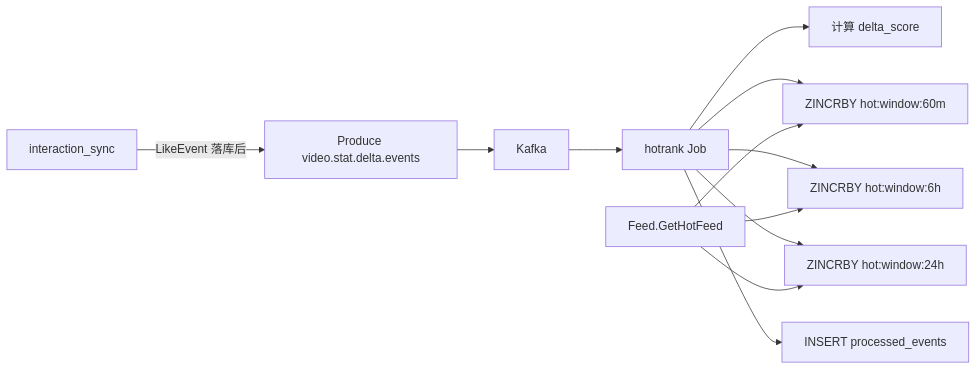
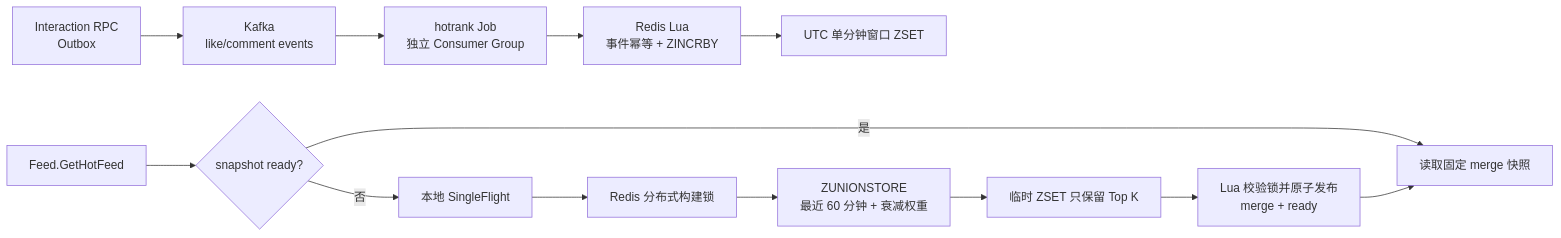
One commit to Redeemz473/feedsystem-zero changed diagram 14 of 17 in docs/PROJECT_OVERVIEW.md. Above: the diagram before and after it, drawn with Mermaid. The commit also changed other lines of this file and 46 other files, not shown here.

````diff
--- a/docs/PROJECT_OVERVIEW.md
+++ b/docs/PROJECT_OVERVIEW.md
@@ -1086,15 +1080,16 @@
 ```mermaid
 flowchart LR
-    A[interaction_sync] -->|LikeEvent 落库后| B[Produce video.stat.delta.events]
-    B --> K[Kafka]
-    K --> H[hotrank Job]
-    H --> H1[计算 delta_score]
-    H --> R1[ZINCRBY hot:window:60m]
-    H --> R2[ZINCRBY hot:window:6h]
-    H --> R3[ZINCRBY hot:window:24h]
-    H --> D[INSERT processed_events]
+    I[Interaction RPC<br/>Outbox] --> K[Kafka<br/>like/comment events]
+    K --> H[hotrank Job<br/>独立 Consumer Group]
+    H --> L[Redis Lua<br/>事件幂等 + ZINCRBY]
+    L --> W[UTC 单分钟窗口 ZSET]
 
-    F[Feed.GetHotFeed] --> R1
-    F --> R2
-    F --> R3
+    F[Feed.GetHotFeed] --> C{snapshot ready?}
+    C -->|是| S[读取固定 merge 快照]
+    C -->|否| SF[本地 SingleFlight]
+    SF --> DL[Redis 分布式构建锁]
+    DL --> ZU[ZUNIONSTORE<br/>最近 60 分钟 + 衰减权重]
+    ZU --> TMP[临时 ZSET 只保留 Top K]
+    TMP --> P[Lua 校验锁并原子发布<br/>merge + ready]
+    P --> S
 ```
````
